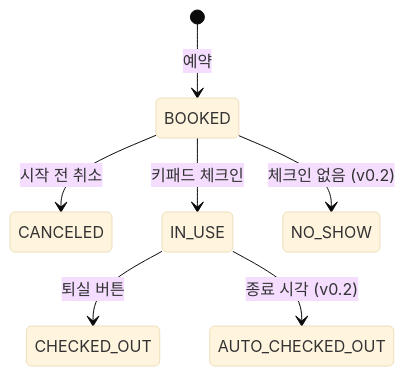
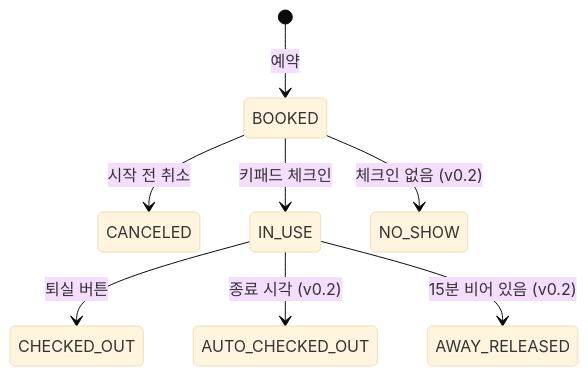
The second of 2 diagrams in requirements/requirements.md (AI-go-do/docs), drawn with Mermaid (base theme) before and after one commit. The commit also changed other lines of this file and 2 other files, not shown here.

````diff
--- a/requirements/requirements.md
+++ b/requirements/requirements.md
@@ -184,9 +186,10 @@
 ```mermaid
 stateDiagram-v2
     [*] --> BOOKED: 예약
     BOOKED --> CANCELED: 시작 전 취소
     BOOKED --> IN_USE: 키패드 체크인
     BOOKED --> NO_SHOW: 체크인 없음 (v0.2)
     IN_USE --> CHECKED_OUT: 퇴실 버튼
     IN_USE --> AUTO_CHECKED_OUT: 종료 시각 (v0.2)
+    IN_USE --> AWAY_RELEASED: 15분 비어 있음 (v0.2)
 ```
````
